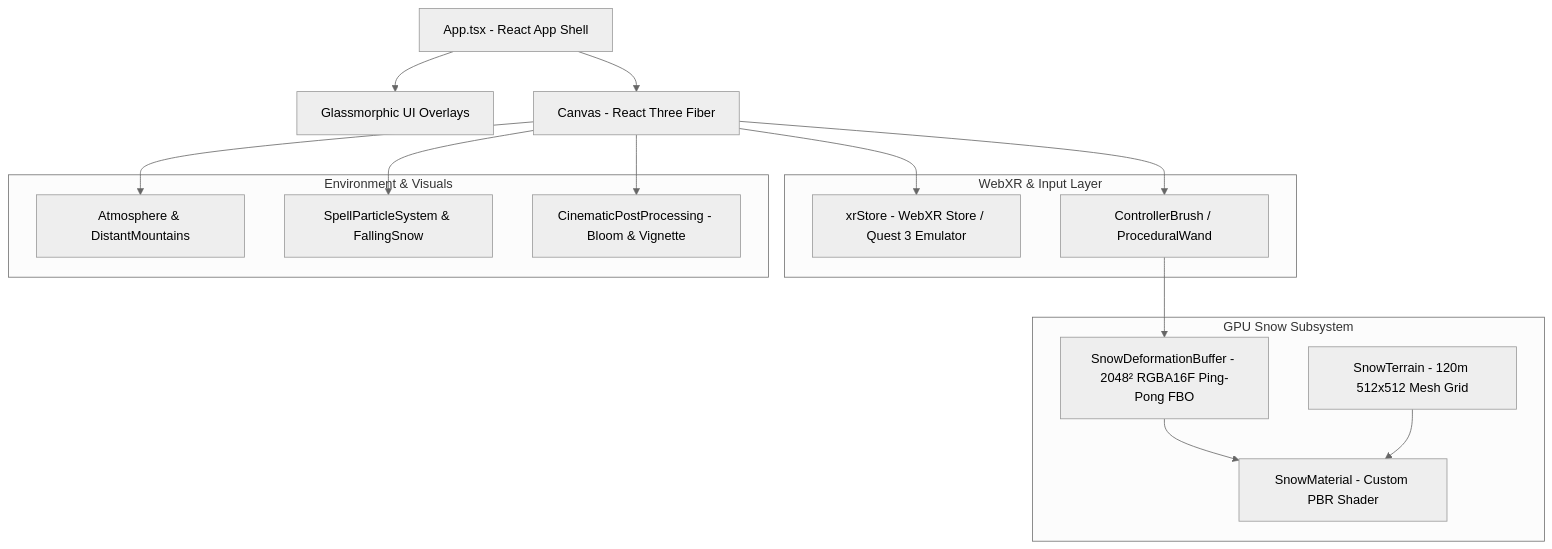
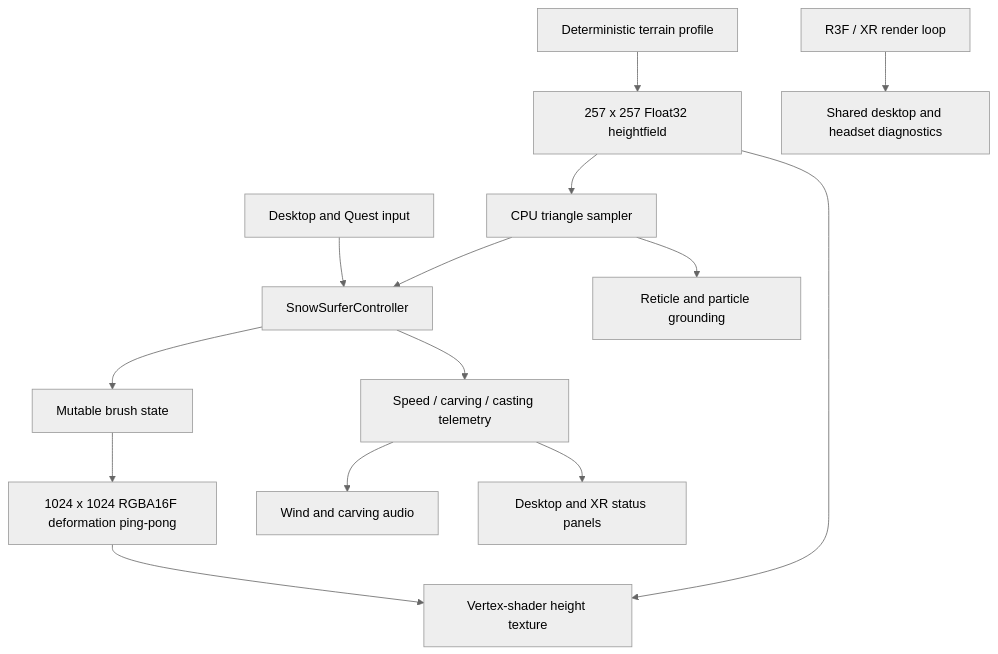
Before and after one commit to boxwrench/SnowVR: the diagram in docs/ARCHITECTURE.md, drawn with Mermaid (neutral theme). The commit also changed other lines of this file and 14 other files, not shown here.

Commit message:
feat(xr): add in-world status and native Quest diagnostics

````diff
--- a/docs/ARCHITECTURE.md
+++ b/docs/ARCHITECTURE.md
@@ -9,31 +7,16 @@
 ```mermaid
-graph TD
-    App[App.tsx - React App Shell] --> UI[Glassmorphic UI Overlays]
-    App --> R3F[Canvas - React Three Fiber]
-    
-    subgraph WebXR & Input Layer
-        XR[xrStore - WebXR Store / Quest 3 Emulator]
-        Brush[ControllerBrush / ProceduralWand]
-    end
-    
-    subgraph GPU Snow Subsystem
-        FBO[SnowDeformationBuffer - 2048² RGBA16F Ping-Pong FBO]
-        Terrain[SnowTerrain - 120m 512x512 Mesh Grid]
-        Material[SnowMaterial - Custom PBR Shader]
-    end
-    
-    subgraph Environment & Visuals
-        Atmosphere[Atmosphere & DistantMountains]
-        VFX[SpellParticleSystem & FallingSnow]
-        Post[CinematicPostProcessing - Bloom & Vignette]
-    end
-    
-    R3F --> XR
-    R3F --> Brush
-    Brush --> FBO
-    FBO --> Material
-    Terrain --> Material
-    R3F --> Atmosphere
-    R3F --> VFX
-    R3F --> Post
+flowchart TD
+  Input[Desktop and Quest input] --> Rider[SnowSurferController]
+  Rider --> Brush[Mutable brush state]
+  Rider --> Telemetry[Speed / carving / casting telemetry]
+  Profile[Deterministic terrain profile] --> Heightfield[257 x 257 Float32 heightfield]
+  Heightfield --> CPU[CPU triangle sampler]
+  Heightfield --> GPU[Vertex-shader height texture]
+  CPU --> Rider
+  CPU --> Reticle[Reticle and particle grounding]
+  Brush --> Deform[1024 x 1024 RGBA16F deformation ping-pong]
+  Deform --> GPU
+  Telemetry --> Audio[Wind and carving audio]
+  Telemetry --> HUD[Desktop and XR status panels]
+  RenderLoop[R3F / XR render loop] --> Diagnostics[Shared desktop and headset diagnostics]
 ```
````
